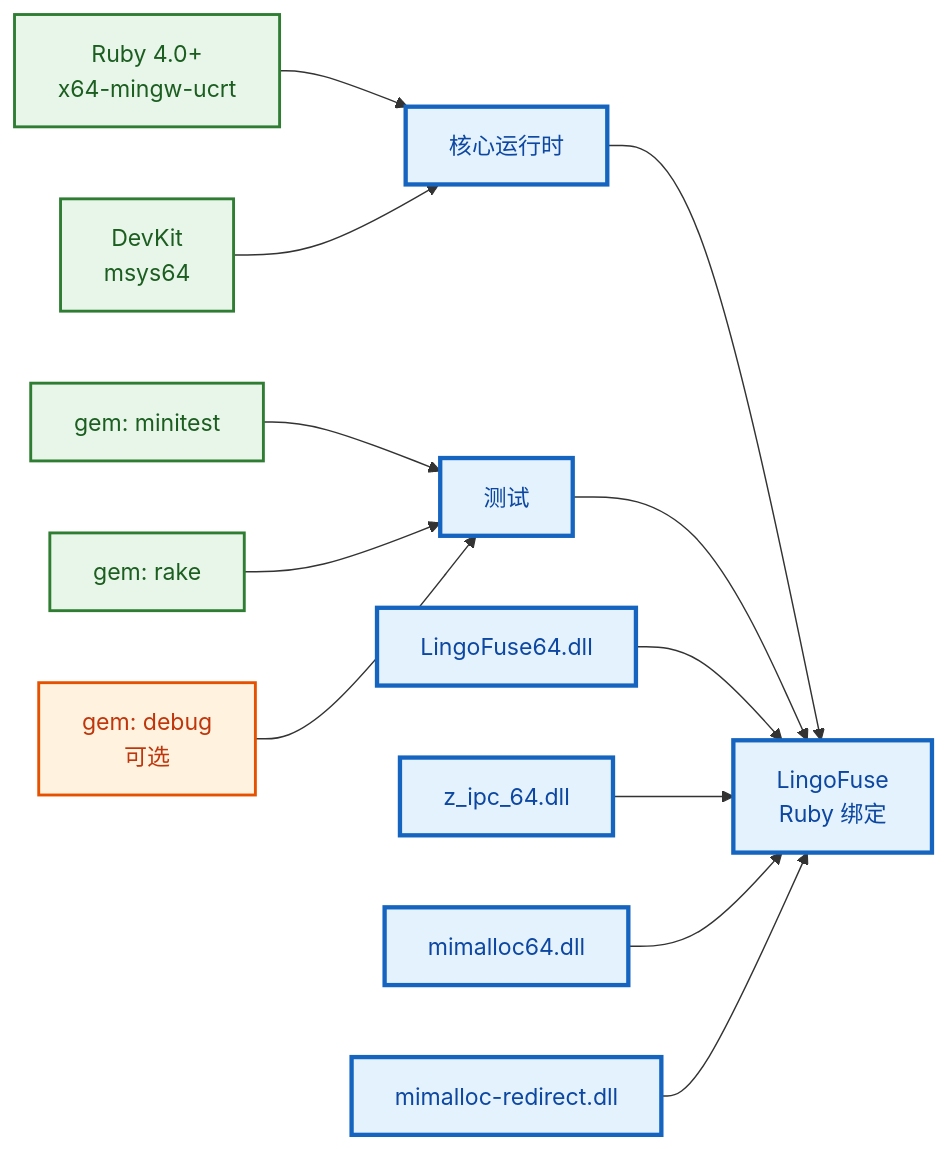
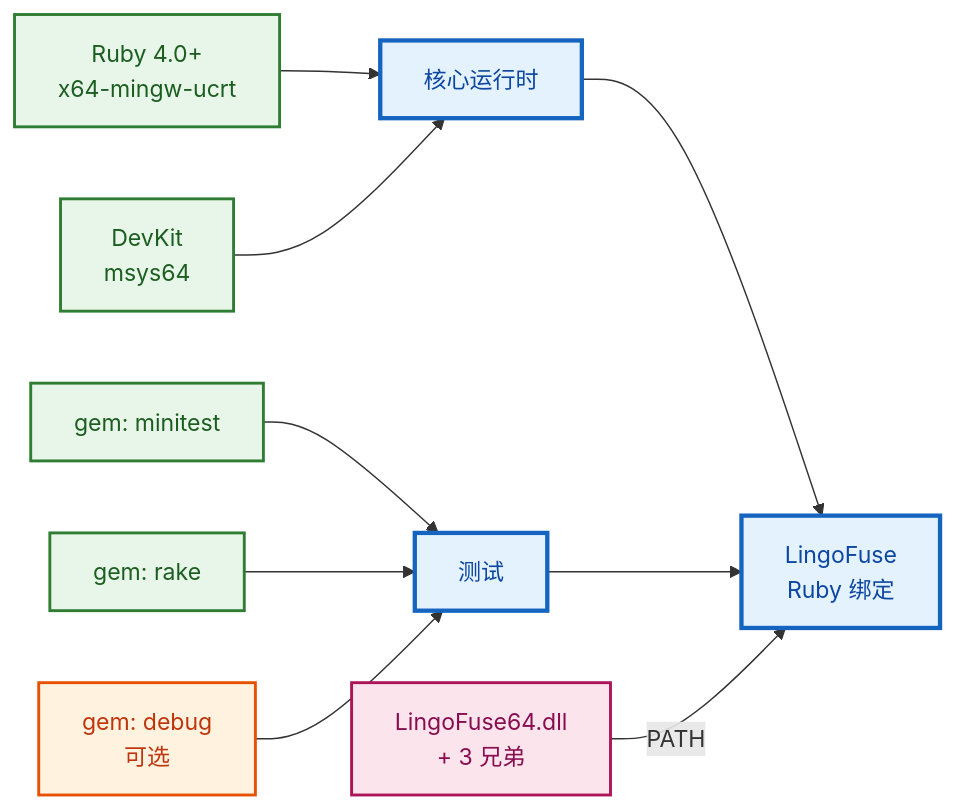
One commit to PassByYou888/LingoFuse changed the eighth of 21 diagrams in ruby/README.md. Above: the diagram before and after it, drawn with Mermaid. The commit also changed other lines of this file and 8 other files, not shown here.

````diff
--- a/ruby/README.md
+++ b/ruby/README.md
@@ -325,22 +301,21 @@
 ```mermaid
 flowchart LR
     Ruby["Ruby 4.0+<br/>x64-mingw-ucrt"] --> Runtime["核心运行时"]
     DevKit["DevKit<br/>msys64"] --> Runtime
     Minitest["gem: minitest"] --> Tests["测试"]
     Rake["gem: rake"] --> Tests
     Debug["gem: debug<br/>可选"] --> Tests
     Runtime --> LF["LingoFuse<br/>Ruby 绑定"]
     Tests --> LF
-    DLL["LingoFuse64.dll"] --> LF
-    IPC["z_ipc_64.dll"] --> LF
-    MI["mimalloc64.dll"] --> LF
-    MIRed["mimalloc-redirect.dll"] --> LF
+    DLL["LingoFuse64.dll<br/>+ 3 兄弟"] -->|"PATH"| LF
 
     classDef req fill:#E8F5E9,stroke:#2E7D32,stroke-width:2px,color:#1B5E20
     classDef opt fill:#FFF3E0,stroke:#E65100,stroke-width:2px,color:#BF360C
     classDef core fill:#E3F2FD,stroke:#1565C0,stroke-width:3px,color:#0D47A1
+    classDef native fill:#FCE4EC,stroke:#AD1457,stroke-width:2px,color:#880E4F
 
     class Ruby,DevKit,Minitest,Rake req
     class Debug opt
-    class Runtime,Tests,LF,DLL,IPC,MI,MIRed core
+    class Runtime,Tests,LF core
+    class DLL native
 ```
````
